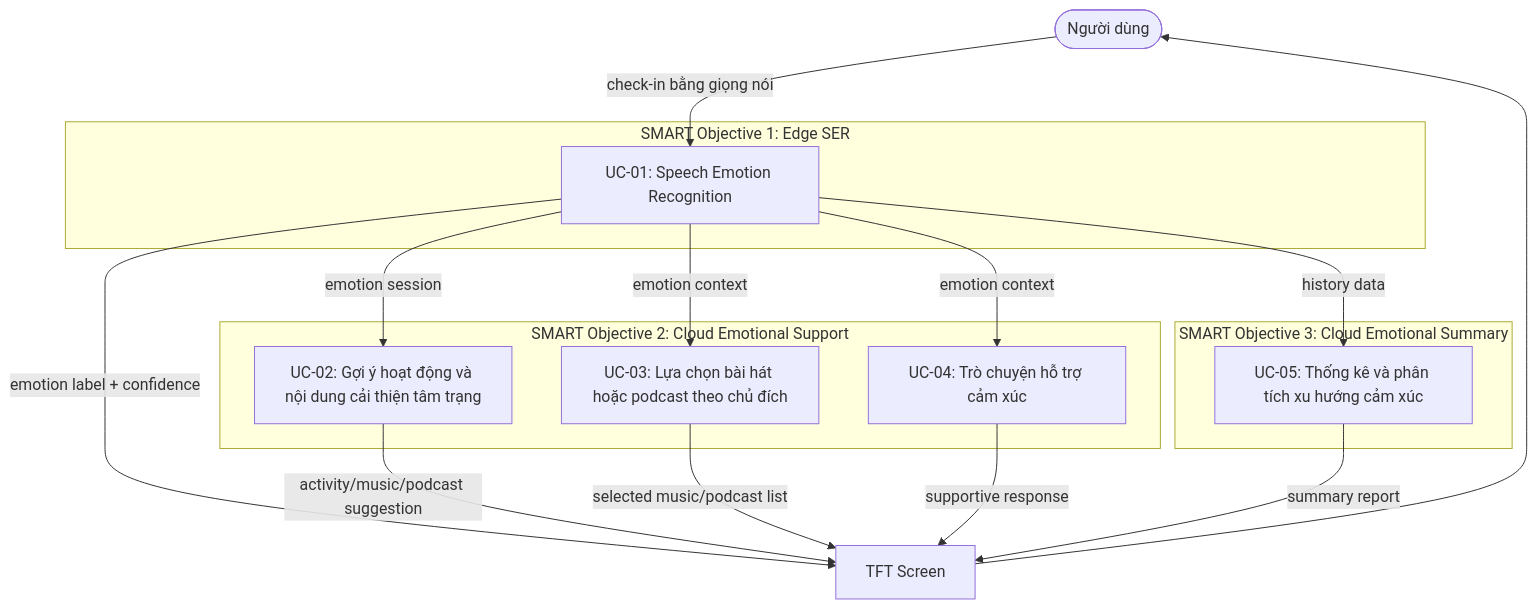
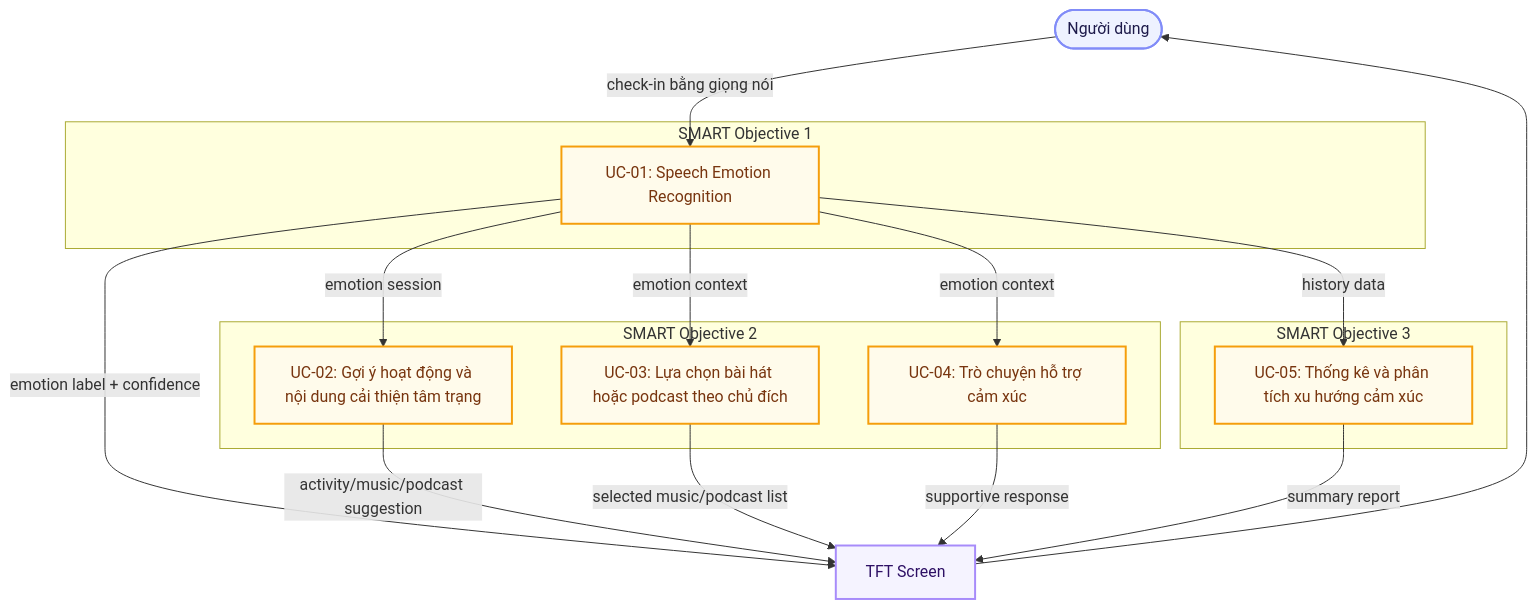
Before and after one commit to Computer-Vision-HCMUS/AIoT-Server: the first of 12 diagrams in docs/Spectification/EmotiCareAIoT/03_Objectives.md, drawn with Mermaid. The commit also changed other lines of this file and 88 other files, not shown here.

````diff
--- a/docs/Spectification/EmotiCareAIoT/03_Objectives.md
+++ b/docs/Spectification/EmotiCareAIoT/03_Objectives.md
@@ -15,31 +25,42 @@
 ```mermaid
 flowchart TD
     User(["Người dùng"])
     TFT["TFT Screen"]
 
-    subgraph O1["SMART Objective 1: Edge SER"]
+    subgraph O1["SMART Objective 1"]
         UC1["UC-01: Speech Emotion Recognition"]
     end
 
-    subgraph O2["SMART Objective 2: Cloud Emotional Support"]
+    subgraph O2["SMART Objective 2"]
         UC2["UC-02: Gợi ý hoạt động và nội dung cải thiện tâm trạng"]
         UC3["UC-03: Lựa chọn bài hát hoặc podcast theo chủ đích"]
         UC4["UC-04: Trò chuyện hỗ trợ cảm xúc"]
     end
 
-    subgraph O3["SMART Objective 3: Cloud Emotional Summary"]
+    subgraph O3["SMART Objective 3"]
         UC5["UC-05: Thống kê và phân tích xu hướng cảm xúc"]
     end
 
     User -->|"check-in bằng giọng nói"| UC1
     UC1 -->|"emotion label + confidence"| TFT
     UC1 -->|"emotion session"| UC2
     UC1 -->|"emotion context"| UC3
     UC1 -->|"emotion context"| UC4
     UC1 -->|"history data"| UC5
     UC2 -->|"activity/music/podcast suggestion"| TFT
     UC3 -->|"selected music/podcast list"| TFT
     UC4 -->|"supportive response"| TFT
     UC5 -->|"summary report"| TFT
     TFT --> User
+
+
+    classDef userNode stroke:#818cf8,fill:#eef2ff,stroke-width:2px,color:#1e1b4b
+    classDef edgeNode stroke:#a78bfa,fill:#f5f3ff,stroke-width:2px,color:#2e1065
+    classDef cacheNode stroke:#2dd4bf,fill:#f0fdfa,stroke-width:2px,color:#0d5a57
+    classDef cloudNode stroke:#38bdf8,fill:#f0f9ff,stroke-width:2px,color:#0c3d67
+    classDef serviceNode stroke:#4ade80,fill:#f0fdf4,stroke-width:2px,color:#1a3a1a
+    classDef actionNode stroke:#f59e0b,fill:#fffbeb,stroke-width:2px,color:#78350f
+    class User userNode
+    class TFT edgeNode
+    class UC1,UC2,UC3,UC4,UC5 actionNode
 ```
````
